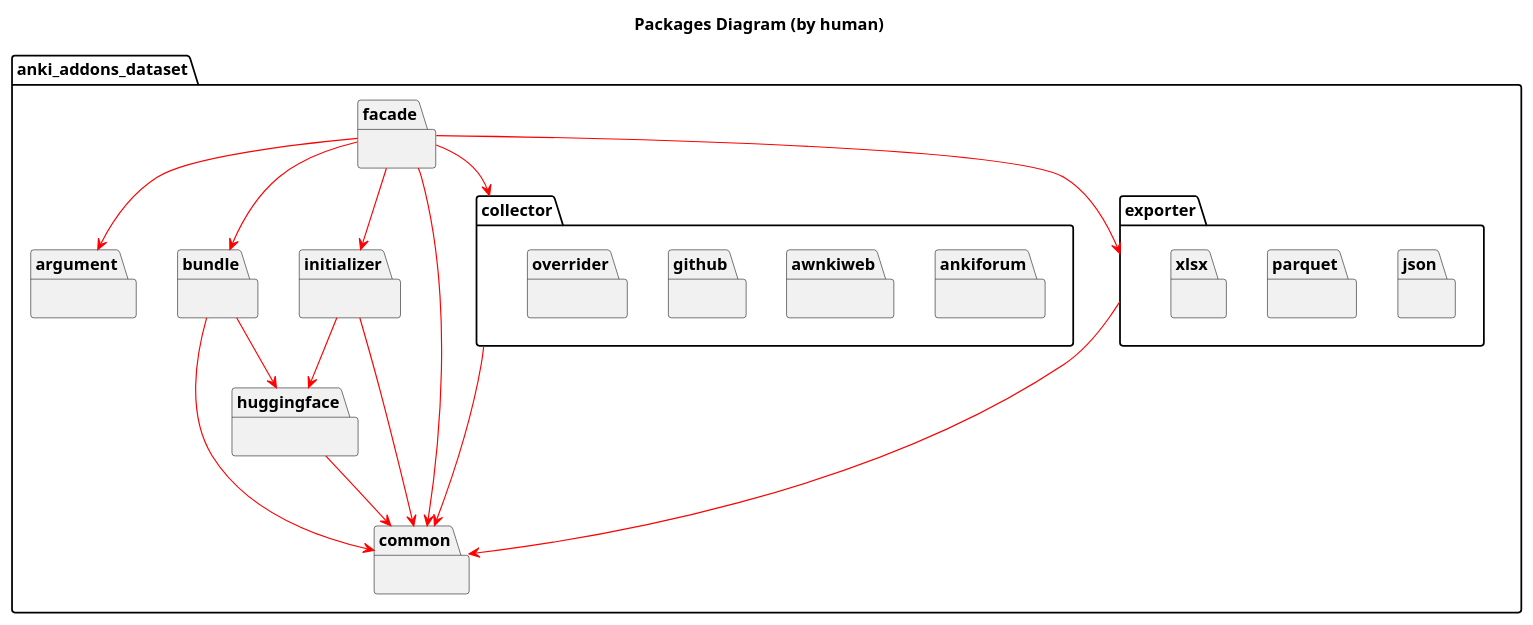
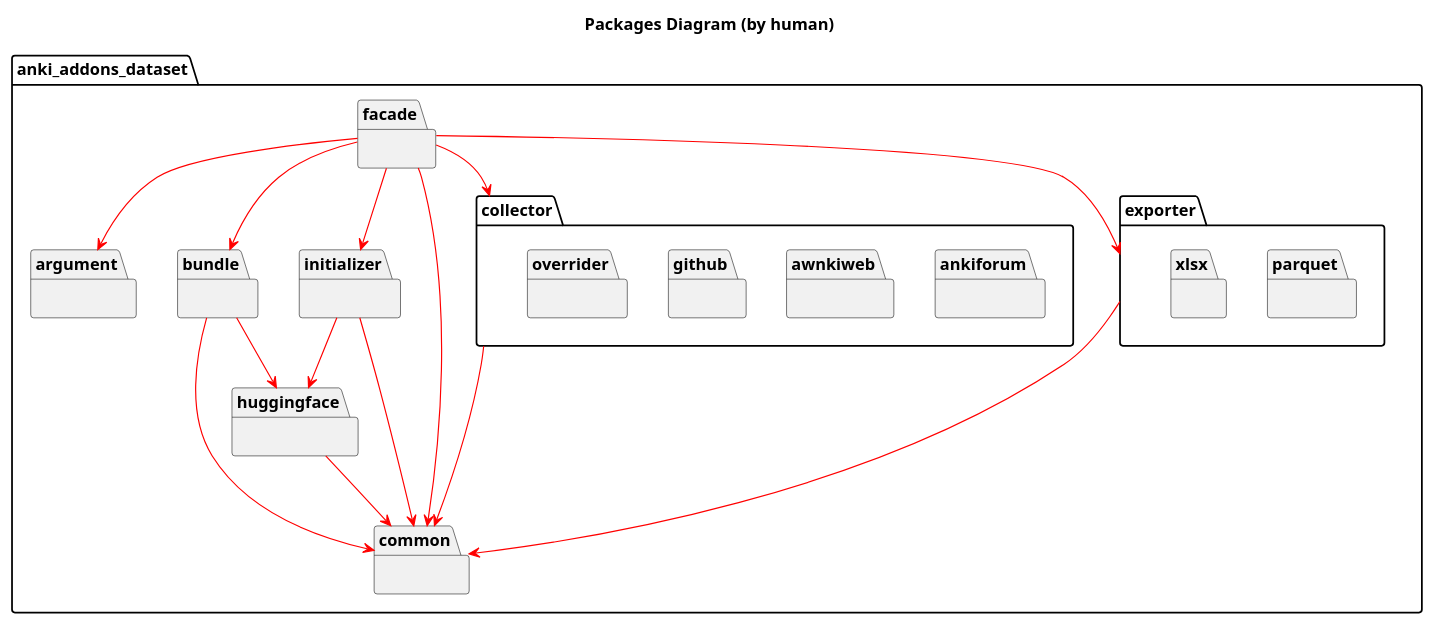
Before and after one commit to Aleks-Ya/anki-addons-dataset: the diagram in doc/uml/human/packages.puml, drawn with PlantUML. The commit also changed 13 other files, not shown here.

```diff
--- a/doc/uml/human/packages.puml
+++ b/doc/uml/human/packages.puml
@@ -1,49 +1,48 @@
 @startuml
 
 title Packages Diagram (by human)
 
 hide empty members
 skinparam ArrowColor red
 
 package anki_addons_dataset {
     package argument {}
     package bundle {}
     package collector {
         package ankiforum {}
         package awnkiweb {}
         package github {}
         package overrider {}
     }
     package common {}
     package exporter {
-        package json {}
         package parquet {}
         package xlsx {}
     }
     package facade {}
     package huggingface {}
     package initializer {}
 }
 
 bundle --> common
 bundle --> huggingface
 
 collector --> common
 
 exporter --> common
 
 facade --> argument
 facade --> bundle
 facade --> collector
 facade --> common
 facade --> exporter
 facade --> initializer
 
 initializer --> common
 initializer --> huggingface
 
 huggingface --> common
 
 
 
 @enduml
```
